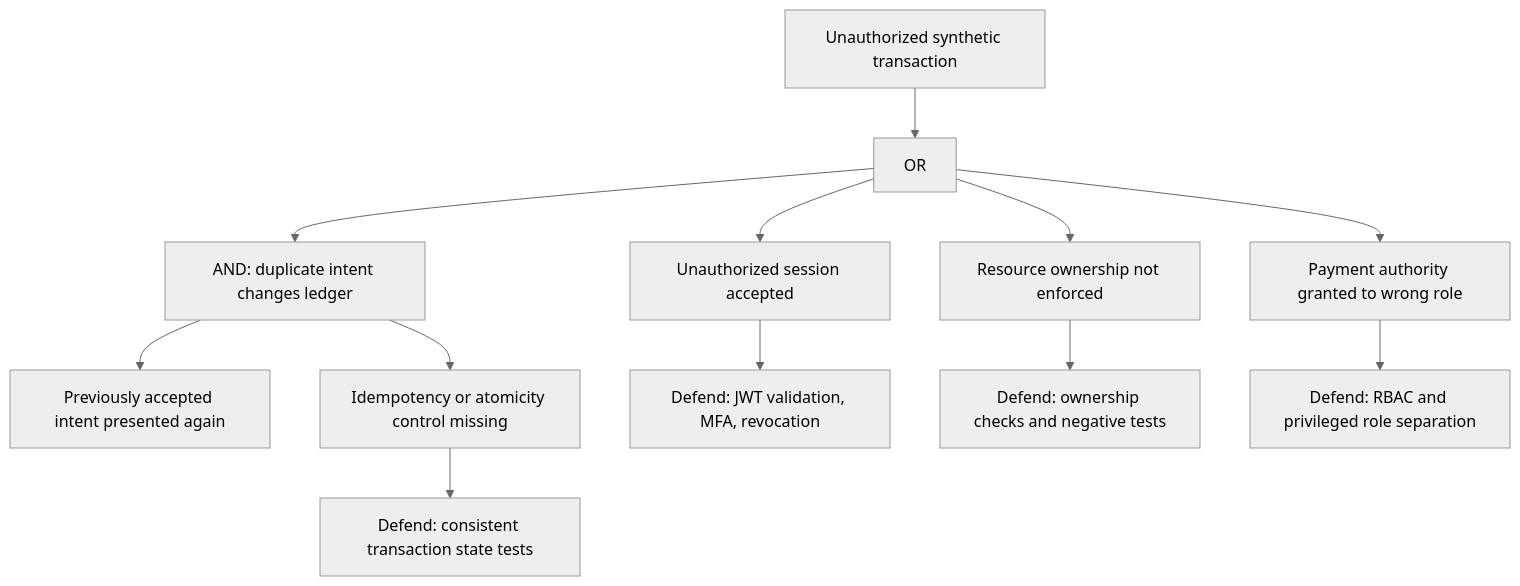
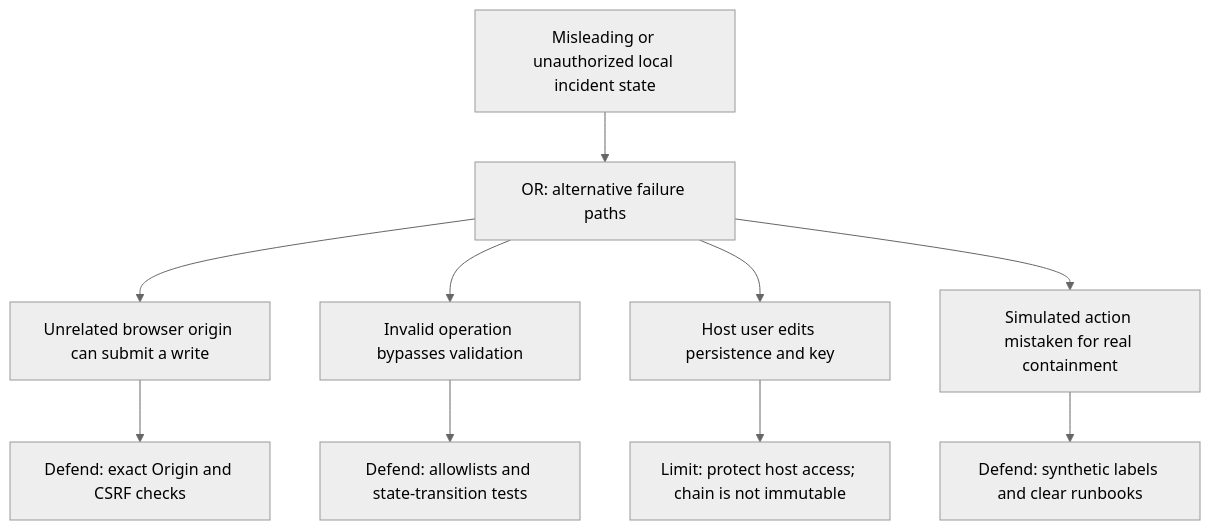
One commit to Vaibhav222209/Cybersecurity_1.4 changed the second of 2 diagrams in docs/threat-model.md. Above: the diagram before and after it, drawn with Mermaid (neutral theme). The commit also changed other lines of this file and 54 other files, not shown here.

````diff
--- a/docs/threat-model.md
+++ b/docs/threat-model.md
@@ -91,15 +85,13 @@
 ```mermaid
 flowchart TD
-    Goal[Unauthorized synthetic transaction]
-    Goal --> OR1[OR]
-    OR1 --> Session[Unauthorized session accepted]
-    OR1 --> Object[Resource ownership not enforced]
-    OR1 --> Admin[Payment authority granted to wrong role]
-    OR1 --> AND1[AND: duplicate intent changes ledger]
-    AND1 --> Replay[Previously accepted intent presented again]
-    AND1 --> Missing[Idempotency or atomicity control missing]
-    Session --> C1[Defend: JWT validation, MFA, revocation]
-    Object --> C2[Defend: ownership checks and negative tests]
-    Admin --> C3[Defend: RBAC and privileged role separation]
-    Missing --> C4[Defend: consistent transaction state tests]
+    Goal[Misleading or unauthorized local incident state]
+    Goal --> Alternative[OR: alternative failure paths]
+    Alternative --> Browser[Unrelated browser origin can submit a write]
+    Alternative --> Input[Invalid operation bypasses validation]
+    Alternative --> Disk[Host user edits persistence and key]
+    Alternative --> Meaning[Simulated action mistaken for real containment]
+    Browser --> Origin[Defend: exact Origin and CSRF checks]
+    Input --> Rules[Defend: allowlists and state-transition tests]
+    Disk --> Limit[Limit: protect host access; chain is not immutable]
+    Meaning --> Labels[Defend: synthetic labels and clear runbooks]
 ```
````
